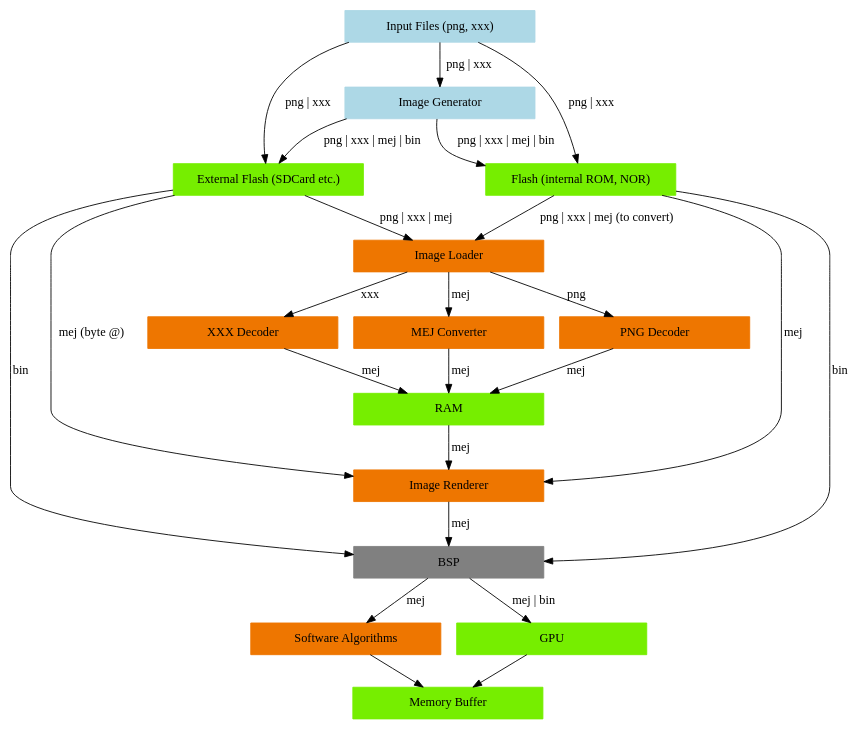
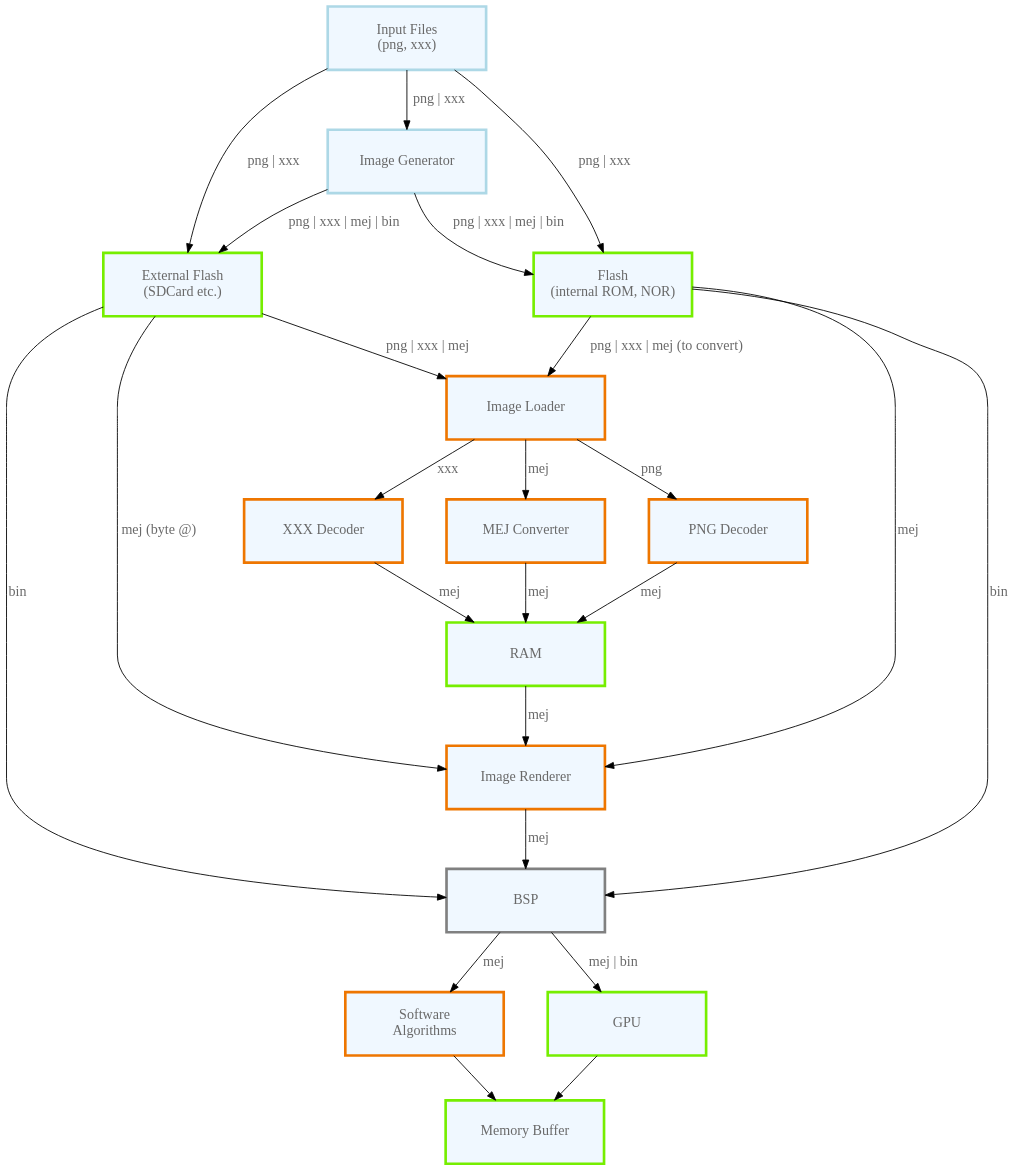
One commit to MicroEJ/docs changed the diagram in PlatformDeveloperGuide/uiImageOverview.rst. Above: the diagram before and after it, drawn with Graphviz. The commit also changed 2 other files, not shown here.

Commit message:
improve graphviz drawings

```diff
--- a/PlatformDeveloperGuide/uiImageOverview.rst
+++ b/PlatformDeveloperGuide/uiImageOverview.rst
@@ -33,33 +33,61 @@
 .. graphviz::
 
-   digraph {
+  digraph {
+     
+      graph [
+         overlap=false
+         splines=true
+         nodesep=0.7
+         ranksep=0.7
+         bgcolor="transparent"
+         center=1
+      ];
+      
+      node [
+         fixedsize=true,
+         fontname="Ubuntu"
+         fontsize=16
+         fontcolor=dimgray
+         height=1
+         width=2.5
+         shape=box
+         fillcolor=aliceblue
+         style="filled,setlinewidth(3)",
+      ];
          
+      edge [
+         arrowsize=1
+         fontsize=16
+         fontname="Ubuntu"
+         fontcolor=dimgray
+      ];
+            
       { 
-         node [shape=rect color="lightblue" style="filled" fixedsize=true width=3]
+         node [color="lightblue"]
          input generator
       }
-         
+      
       { 
-         node [shape=rect color="darkorange2" style="filled" fixedsize=true width=3]
+         node [color="darkorange2"]
          loader png xxx app algo convert
       }
       
       { 
-         node [shape=rect color="chartreuse2" style="filled" fixedsize=true width=3]
+         node [color="chartreuse2"]
          rom ram ext hard gpu
       }
       
       { 
-         node [shape=rect color="gray" style="filled" ffixedsize=true width=3]
+         node [color="gray"]
          bsp
       }
-      
+         
       {
-         input [label="Input Files (png, xxx)"]
+         input [label="Input Files\n(png, xxx)"]
          generator [label="Image Generator"]
          loader [label="Image Loader"]
-         rom [label="Flash (internal ROM, NOR)"]
-         ext [label="External Flash (SDCard etc.)"]
+         rom [label="Flash\n(internal ROM, NOR)"]
+         ext [label="External Flash\n(SDCard etc.)"]
          ram [label="RAM"]
          app [label="Image Renderer"]
          bsp [label="BSP"]
@@ -67,10 +95,10 @@
          xxx [label="XXX Decoder"]
          convert [label="MEJ Converter"]
          gpu [label="GPU"]
-         algo [label="Software Algorithms"]
+         algo [label="Software\nAlgorithms"]
          hard  [label="Memory Buffer"]
       }         
-               
+                  
       input -> {rom ext generator} [ label = "png | xxx"]
       
       generator ->  {rom ext} [label = "png | xxx | mej | bin"]
@@ -94,6 +122,5 @@
       ext ->  bsp [label = "bin"]
       ext ->  app [label = "mej (byte @)"]
       
-      gpu -> hard  [label = ""]
-      algo -> hard  [label = ""]
+      {algo gpu} -> hard  [label = ""]
    }
```
